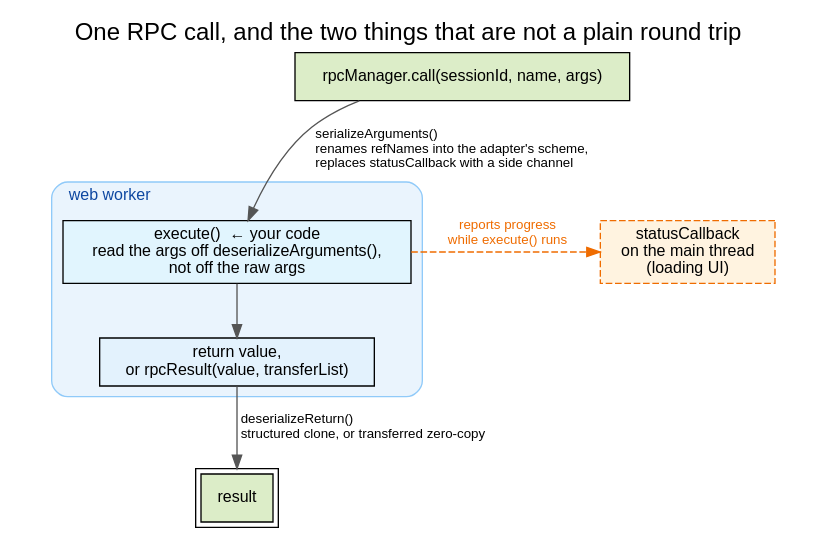
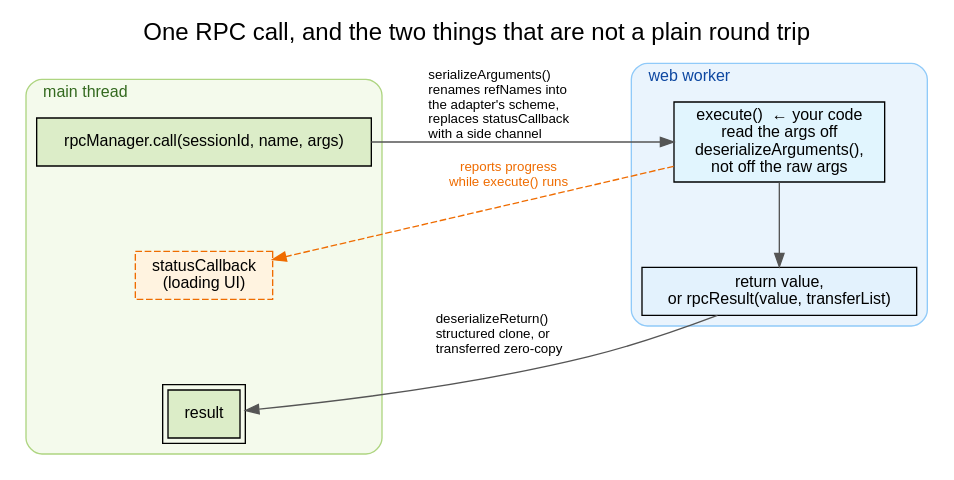
One commit to GMOD/jbrowse-components changed the diagram in website/diagrams/rpc_lifecycle.dot. Above: the diagram before and after it, drawn with Graphviz. The commit also changed 6 other files, not shown here.

First line of the commit message:
docs(diagrams): two boxes for the RPC boundary, two rows for the pair schematic

```diff
--- a/website/diagrams/rpc_lifecycle.dot
+++ b/website/diagrams/rpc_lifecycle.dot
@@ -1,82 +1,131 @@
 // The boundary is a cluster box, and the serialize/deserialize hooks are edge
 // labels rather than nodes. As nodes there were four of them around one
 // execute(), so the picture read as a six-step pipeline whose middle step
 // happened to be the reader's code. Each hook belongs to a crossing, and a
 // crossing is an edge, so labelling the edges puts the hooks where they act and
 // leaves the boundary as the only thing drawn.
 //
-// Colour still separates the two sides, but no legend is needed now: the box
-// says which nodes are the worker's, and the two nodes outside it are the main
-// thread's.
+// BOTH SIDES ARE BOXES NOW (review: "can add after result boxes clarifying that
+// this is the main thread"). One box and three loose nodes read as "the worker,
+// and some other stuff"; two boxes read as a boundary, which is the subject. It
+// also pays for itself twice over in label text: `statusCallback` used to have
+// to SAY "on the main thread", and the green fill used to be the only thing
+// distinguishing the caller's two nodes from the worker's.
 //
-// Two layout constraints, both of which cost a re-render to find:
+// Colour is now redundant with the boxes and is kept anyway — it is what carries
+// the distinction into the thumbnail, where the cluster labels are unreadable.
+//
+// Three layout constraints, each of which cost a re-render to find:
+//
+// The main thread's nodes must be CONTIGUOUS IN RANK for dot to give them a box
+// that does not swallow the worker's. `call` at rank 0 and `result` at rank 3
+// (the shape of the round trip, TB) cannot be boxed at all: the cluster would
+// span the worker's ranks and dot draws the two rectangles overlapping. So it is
+// one rank per side — `rankdir=LR`, main thread rank 0, worker rank 1, each side
+// a column of its own — and the return trip is a back edge between adjacent
+// columns, `constraint=false` so it adds no rank. Both sides being one rank is
+// what keeps the two crossings short; see the note on `ret` below.
 //
 // No `{ rank=same; exec; status }`. Ranking an outside node against one inside a
 // cluster EVICTS it ("exec was already in a rankset, deleted from cluster"), so
-// the boundary box loses the node it exists to enclose. The invisible
-// `call -> status` ranks it instead, and `constraint=false` on the dashed edge
-// keeps it from lengthening the chain.
+// the boundary box loses the node it exists to enclose. `status` is inside
+// cluster_main now, ordered against its siblings by the invisible edges below,
+// which is a rankset entirely within one cluster and so does not evict anything.
 //
-// The cluster's label is short and left-justified because the incoming arrow
-// enters the box at the top of execute(), which is its horizontal centre — a
-// centred label gets struck through by that arrow. Sticky-per-sessionId is the
-// paragraph under the figure rather than a second line here.
+// Each cluster's label is short and left-justified because an incoming arrow
+// enters the box at its edge midpoint, which a centred label gets struck
+// through by. Sticky-per-sessionId is the paragraph under the figure rather than
+// a second line here.
 digraph rpc_lifecycle {
-  rankdir=TB
+  rankdir=LR
   labelloc=t
   fontname="Helvetica"
   fontsize=18
   label="One RPC call, and the two things that are not a plain round trip"
-  nodesep=0.5
-  ranksep=0.55
+  nodesep=0.45
+  ranksep=1.1
 
   node [shape=box, fontname="Helvetica", fontsize=12, style=filled]
   edge [fontname="Helvetica", fontsize=10, color="#555555"]
 
-  call [label="rpcManager.call(sessionId, name, args)", fillcolor="#dcedc8"]
-  result [label="result", peripheries=2, fillcolor="#dcedc8"]
+  subgraph cluster_main {
+    label="main thread"
+    labelloc=t
+    labeljust=l
+    fontname="Helvetica"
+    fontsize=12
+    fontcolor="#33691e"
+    style="filled,rounded"
+    color="#aed581"
+    fillcolor="#f4faec"
+
+    call [label="rpcManager.call(sessionId, name, args)", fillcolor="#dcedc8"]
+    status [
+      label="statusCallback\n(loading UI)"
+      style="filled,dashed"
+      fillcolor="#fff3e0"
+      color="#ef6c00"
+    ]
+    result [label="result", peripheries=2, fillcolor="#dcedc8"]
+
+    // order down the column: the call, then what it is reported to while it
+    // runs, then what comes back. Invisible and inside the cluster, so no node
+    // is evicted from a box by a rankset.
+    //
+    // Written bottom-up because that is what dot does with it: within a rankset
+    // the edge direction sets the order along the rank, and under rankdir=LR a
+    // rank runs UP the page, so `call -> status -> result` puts the call at the
+    // bottom. Rendered both ways to be sure.
+    { rank=same; result -> status -> call [style=invis] }
+  }
 
   subgraph cluster_worker {
     label="web worker"
     labelloc=t
     labeljust=l
     fontname="Helvetica"
     fontsize=12
     fontcolor="#0d47a1"
     style="filled,rounded"
     color="#90caf9"
     fillcolor="#eaf4fd"
 
     exec [
-      label="execute()  ← your code\nread the args off deserializeArguments(),\nnot off the raw args"
+      label="execute()  ← your code\nread the args off\ndeserializeArguments(),\nnot off the raw args"
       fillcolor="#e1f5fe"
     ]
     ret [
       label="return value,\nor rpcResult(value, transferList)"
       fillcolor="#e3f2fd"
     ]
-    exec -> ret
+    // ONE COLUMN, like the main thread's. Left to its own rank `ret` lands a
+    // column further right, which puts the return crossing at the far side of
+    // the drawing from the node it returns to — dot drew it as a sweep under
+    // the entire figure with its label stranded in the middle. Same rank, so
+    // both crossings are between adjacent columns and the picture is the
+    // sequence diagram it wants to be.
+    { rank=same; ret -> exec [dir=back] }
   }
 
-  status [
-    label="statusCallback\non the main thread\n(loading UI)"
-    style="filled,dashed"
-    fillcolor="#fff3e0"
-    color="#ef6c00"
+  // The two hooks ride the crossings they belong to.
+  // Narrow wraps on both crossing labels. dot sizes the gap between the two
+  // columns to the widest line of the label riding it, so a two-line label is
+  // most of the figure's width; these were one and the picture came out 2.5:1,
+  // which on a doc page is 12px type.
+  call -> exec [label="  serializeArguments()\l  renames refNames into\l  the adapter's scheme,\l  replaces statusCallback\l  with a side channel\l"]
+  ret -> result [
+    label="  deserializeReturn()\l  structured clone, or\l  transferred zero-copy\l"
+    constraint=false
   ]
 
-  // The two hooks ride the crossings they belong to.
-  call -> exec [label="  serializeArguments()\l  renames refNames into the adapter's scheme,\l  replaces statusCallback with a side channel\l"]
-  ret -> result [label="  deserializeReturn()\l  structured clone, or transferred zero-copy\l"]
-
-  // The one function-shaped thing that crosses, and it never actually crosses.
+  // The one function-shaped thing that crosses, and it never actually crosses:
+  // the worker holds a side channel, the function itself is in the box it
+  // started in.
   exec -> status [
     label="  reports progress\n  while execute() runs"
     style=dashed
     constraint=false
     color="#ef6c00"
     fontcolor="#ef6c00"
   ]
-
-  call -> status [style=invis]
 }
```
